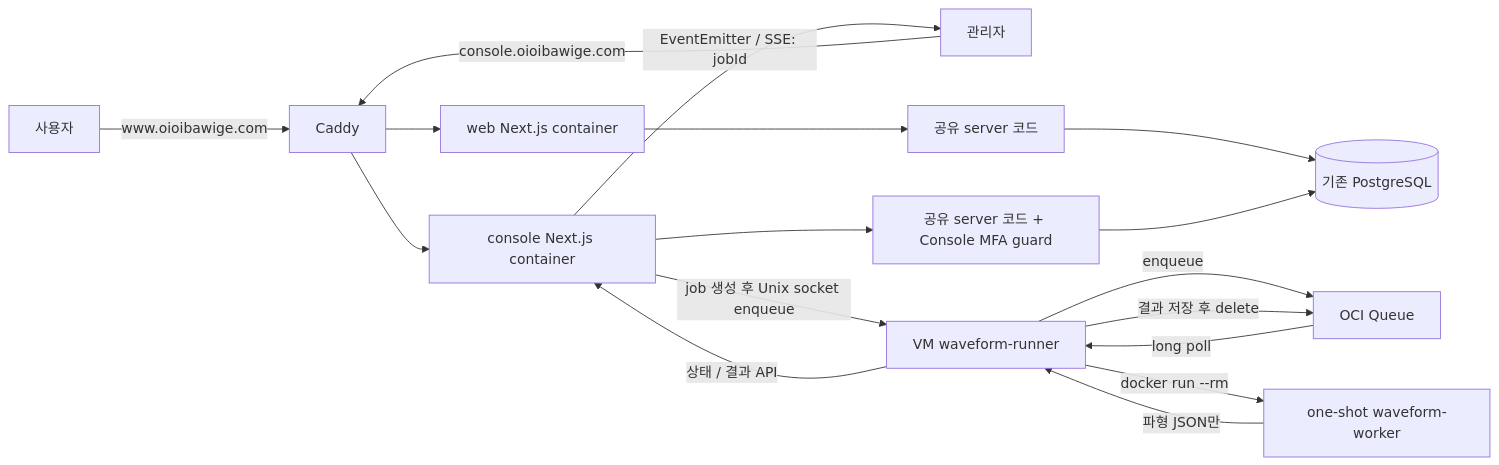
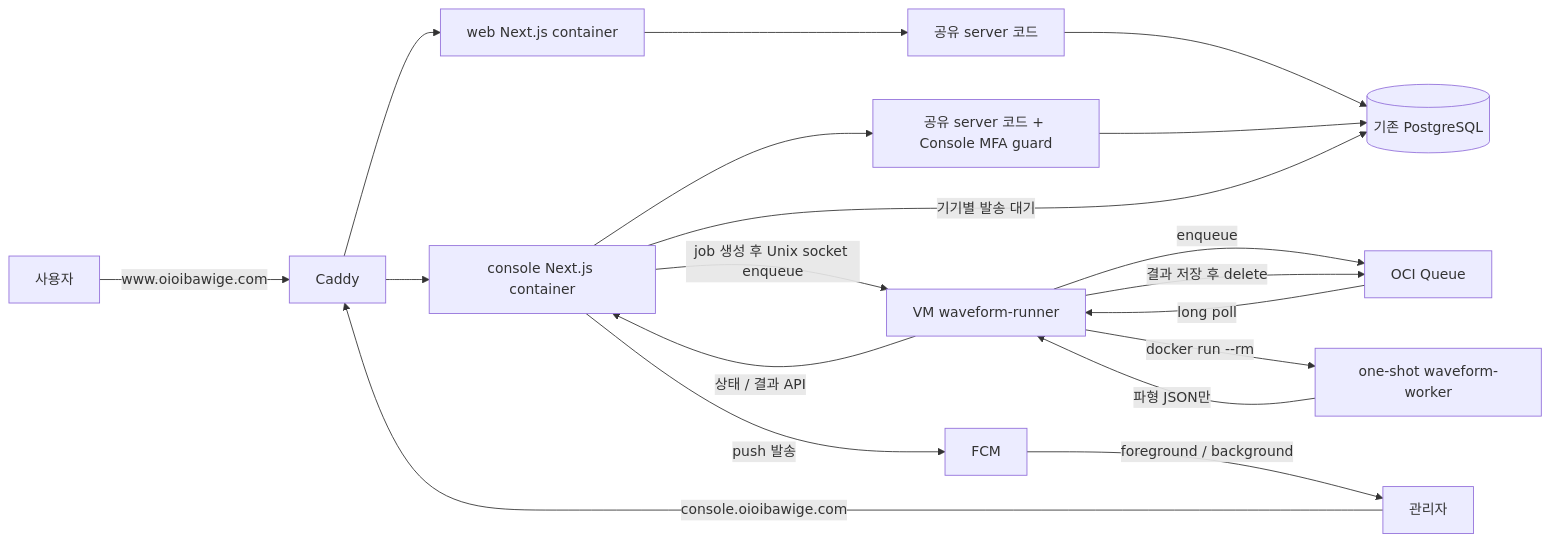
Before and after one commit to goldmayo/oioi-bwg: the diagram in docs/migration/implementation/console-guide-editor/DESIGN.md, drawn with Mermaid. The commit also changed other lines of this file and 3 other files, not shown here.

````diff
--- a/docs/migration/implementation/console-guide-editor/DESIGN.md
+++ b/docs/migration/implementation/console-guide-editor/DESIGN.md
@@ -41,19 +41,21 @@
 ```mermaid
 flowchart LR
   U[사용자] -->|www.oioibawige.com| P[Caddy]
   A[관리자] -->|console.oioibawige.com| P
   P --> W[web Next.js container]
   P --> C[console Next.js container]
   W --> WS[공유 server 코드]
   C --> CS[공유 server 코드 + Console MFA guard]
   WS --> DB[(기존 PostgreSQL)]
   CS --> DB
   C -->|job 생성 후 Unix socket enqueue| R[VM waveform-runner]
   R -->|enqueue| Q[OCI Queue]
   Q -->|long poll| R
   R -->|docker run --rm| J[one-shot waveform-worker]
   J -->|파형 JSON만| R
   R -->|상태 / 결과 API| C
   R -->|결과 저장 후 delete| Q
-  C -->|EventEmitter / SSE: jobId| A
+  C -->|기기별 발송 대기| DB
+  C -->|push 발송| F[FCM]
+  F -->|foreground / background| A
 ```
````
